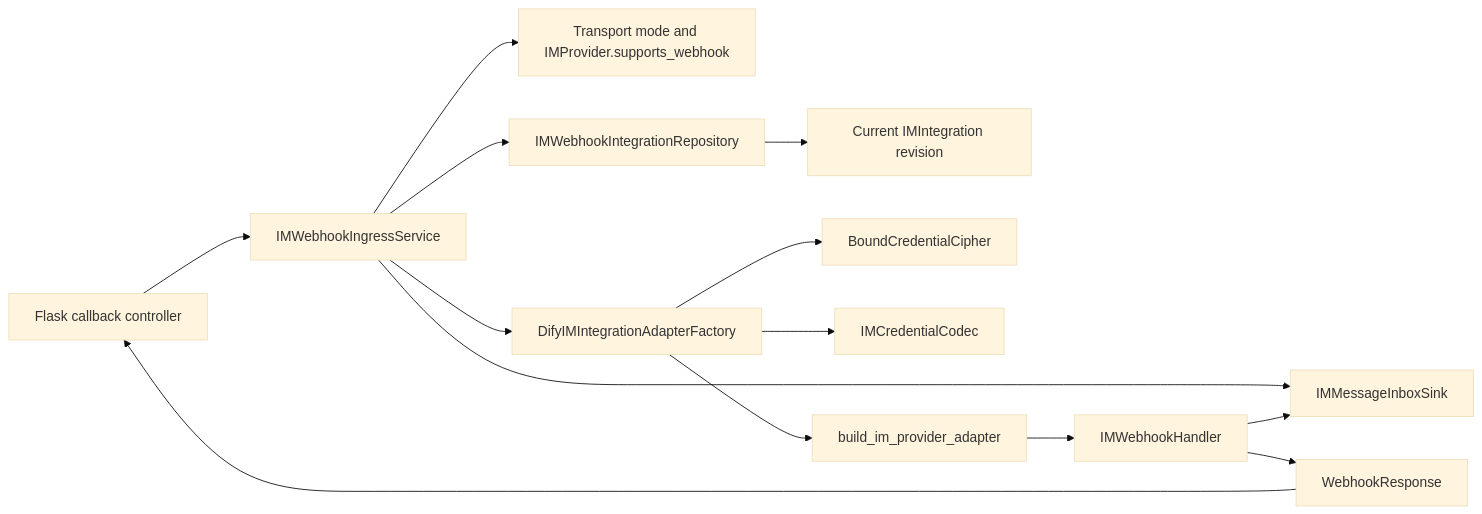
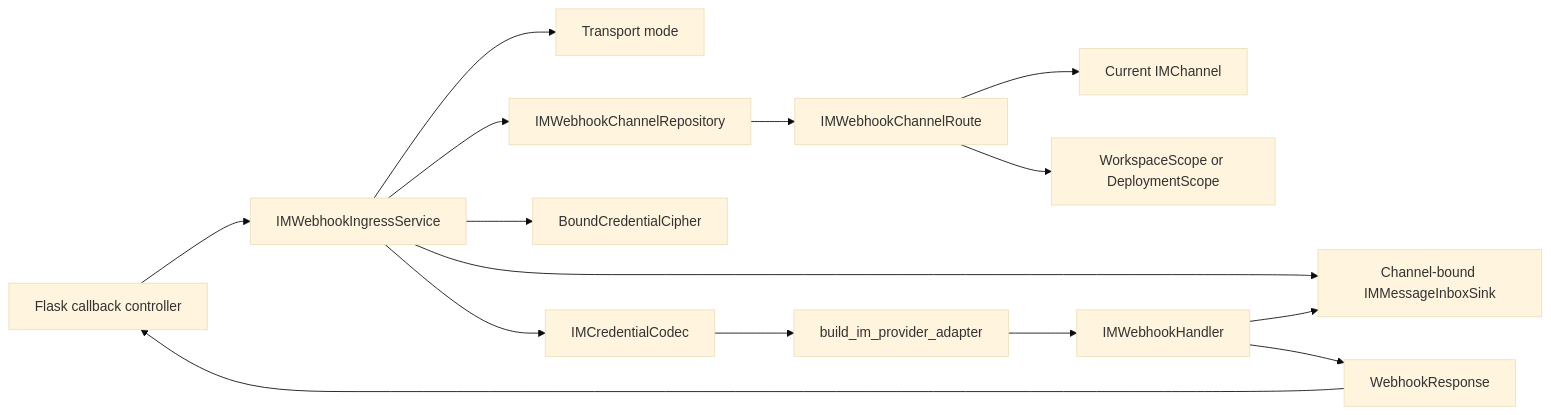
One commit to langgenius/dify changed the diagram in openspec/changes/add-im-provider-webhook-ingress/design.md. Above: the diagram before and after it, drawn with Mermaid (base theme). The commit also changed other lines of this file and 6 other files, not shown here.

````diff
--- a/openspec/changes/add-im-provider-webhook-ingress/design.md
+++ b/openspec/changes/add-im-provider-webhook-ingress/design.md
@@ -95,16 +85,17 @@
 ```mermaid
 flowchart LR
     HTTP["Flask callback controller"] --> Service["IMWebhookIngressService"]
-    Service --> Mode["Transport mode and IMProvider.supports_webhook"]
-    Service --> Route["IMWebhookIntegrationRepository"]
-    Route --> Integration["Current IMIntegration revision"]
-    Service --> Factory["DifyIMIntegrationAdapterFactory"]
-    Factory --> Cipher["BoundCredentialCipher"]
-    Factory --> Codec["IMCredentialCodec"]
-    Factory --> Builder["build_im_provider_adapter"]
+    Service --> Mode["Transport mode"]
+    Service --> RouteRepo["IMWebhookChannelRepository"]
+    RouteRepo --> Route["IMWebhookChannelRoute"]
+    Route --> Channel["Current IMChannel"]
+    Route --> Scope["WorkspaceScope or DeploymentScope"]
+    Service --> Cipher["BoundCredentialCipher"]
+    Service --> Codec["IMCredentialCodec"]
+    Codec --> Builder["build_im_provider_adapter"]
     Builder --> Handler["IMWebhookHandler"]
-    Service --> Sink["IMMessageInboxSink"]
+    Service --> Sink["Channel-bound IMMessageInboxSink"]
     Handler --> Sink
     Handler --> Response["WebhookResponse"]
     Response --> HTTP
 ```
````
